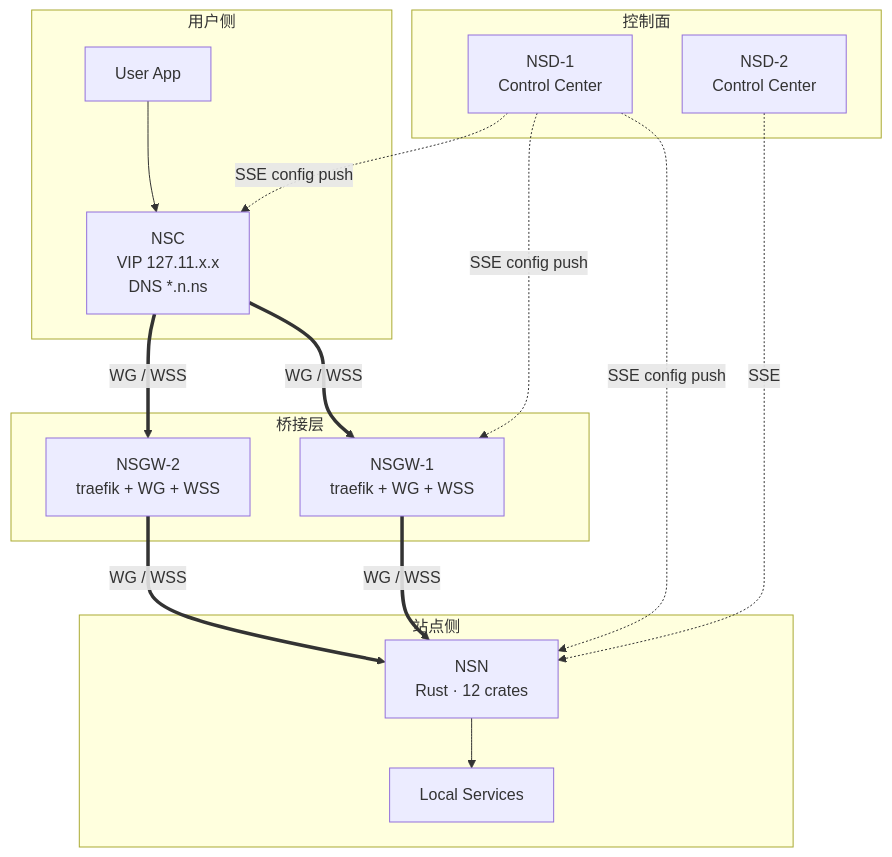
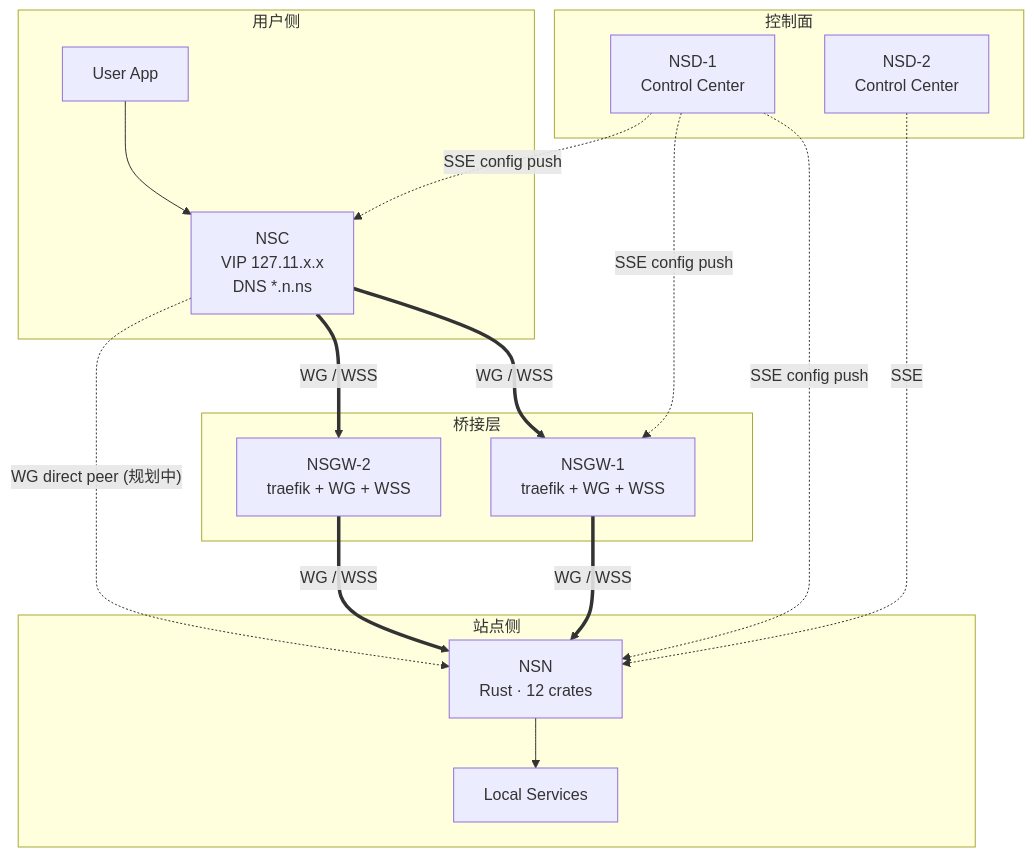
The diagram in docs/01-overview/index.md (nsiod/docs), drawn with Mermaid before and after one commit. The commit also changed other lines of this file and 2 other files, not shown here.

First line of the commit message:
docs(overview): reflect NSC↔NSN direct-peer path in architecture diagrams

````diff
--- a/docs/01-overview/index.md
+++ b/docs/01-overview/index.md
@@ -22,34 +22,35 @@
 ```mermaid
 graph TB
     subgraph Control["控制面"]
         NSD1["NSD-1<br/>Control Center"]
         NSD2["NSD-2<br/>Control Center"]
     end
 
     subgraph Bridge["桥接层"]
         GW1["NSGW-1<br/>traefik + WG + WSS"]
         GW2["NSGW-2<br/>traefik + WG + WSS"]
     end
 
     subgraph Site["站点侧"]
         NSN["NSN<br/>Rust · 12 crates"]
         LOCAL["Local Services"]
     end
 
     subgraph User["用户侧"]
         NSC["NSC<br/>VIP 127.11.x.x<br/>DNS *.n.ns"]
         APP["User App"]
     end
 
     NSD1 -. "SSE config push" .-> NSN
     NSD1 -. "SSE config push" .-> GW1
     NSD1 -. "SSE config push" .-> NSC
     NSD2 -. "SSE" .-> NSN
 
     APP --> NSC
     NSC ==>|"WG / WSS"| GW1
     NSC ==>|"WG / WSS"| GW2
     GW1 ==>|"WG / WSS"| NSN
     GW2 ==>|"WG / WSS"| NSN
+    NSC -. "WG direct peer (规划中)" .-> NSN
     NSN --> LOCAL
 ```
````
